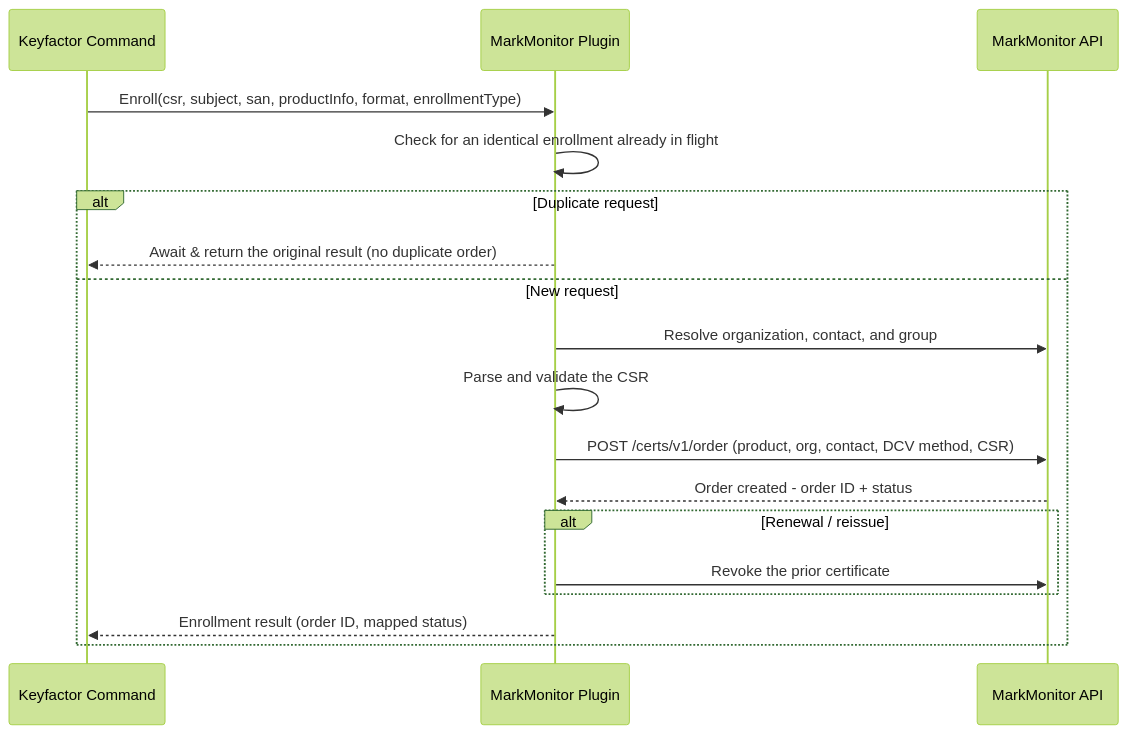
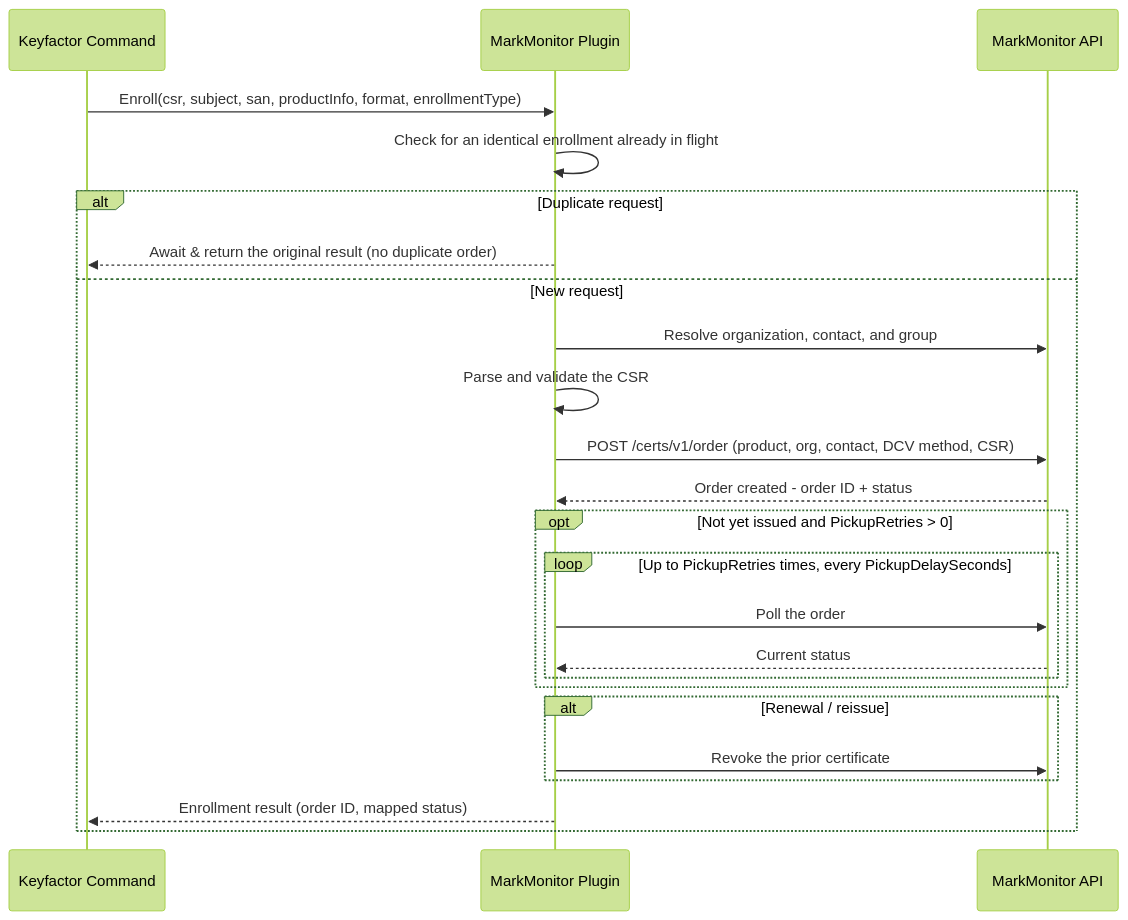
The third of 6 diagrams in docs/architecture.md (Keyfactor/markmonitor-caplugin), drawn with Mermaid (forest theme) before and after one commit. The commit also changed other lines of this file and 5 other files, not shown here.

Commit message:
docs: update architecture and codemap documentation

````diff
--- a/docs/architecture.md
+++ b/docs/architecture.md
@@ -79,24 +79,31 @@
 ```mermaid
 sequenceDiagram
     participant CMD as Keyfactor Command
     participant Plugin as MarkMonitor Plugin
     participant API as MarkMonitor API
 
     CMD->>Plugin: Enroll(csr, subject, san, productInfo, format, enrollmentType)
     Plugin->>Plugin: Check for an identical enrollment already in flight
 
     alt Duplicate request
         Plugin-->>CMD: Await & return the original result (no duplicate order)
     else New request
         Plugin->>API: Resolve organization, contact, and group
         Plugin->>Plugin: Parse and validate the CSR
         Plugin->>API: POST /certs/v1/order (product, org, contact, DCV method, CSR)
         API-->>Plugin: Order created - order ID + status
 
+        opt Not yet issued and PickupRetries > 0
+            loop Up to PickupRetries times, every PickupDelaySeconds
+                Plugin->>API: Poll the order
+                API-->>Plugin: Current status
+            end
+        end
+
         alt Renewal / reissue
             Plugin->>API: Revoke the prior certificate
         end
 
         Plugin-->>CMD: Enrollment result (order ID, mapped status)
     end
 ```
````
